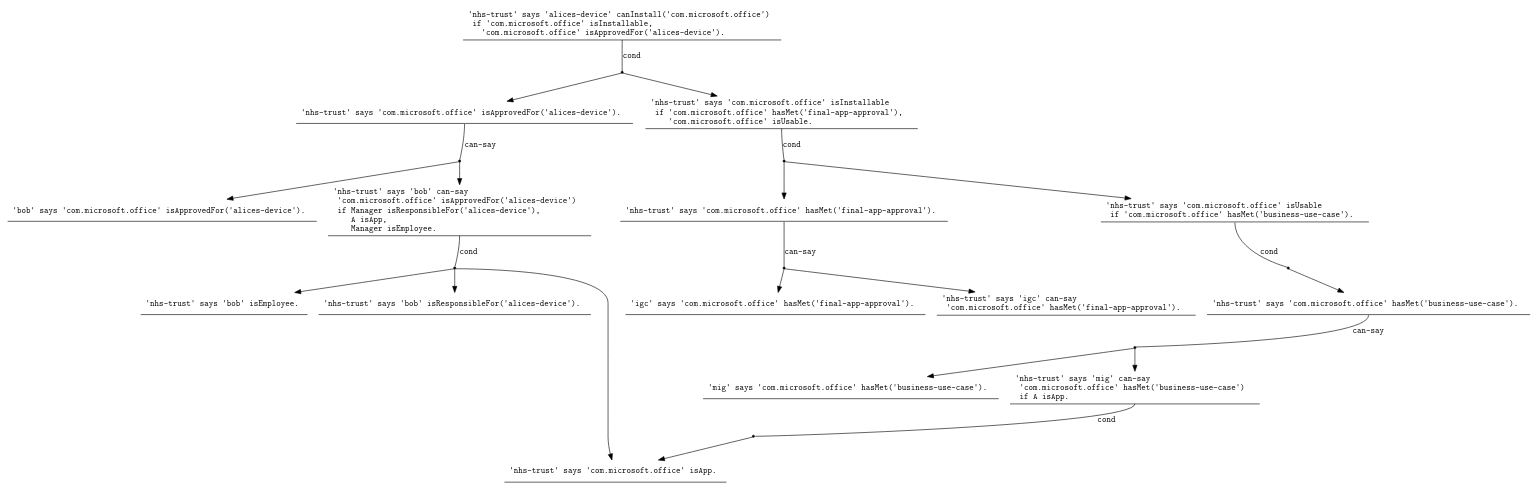
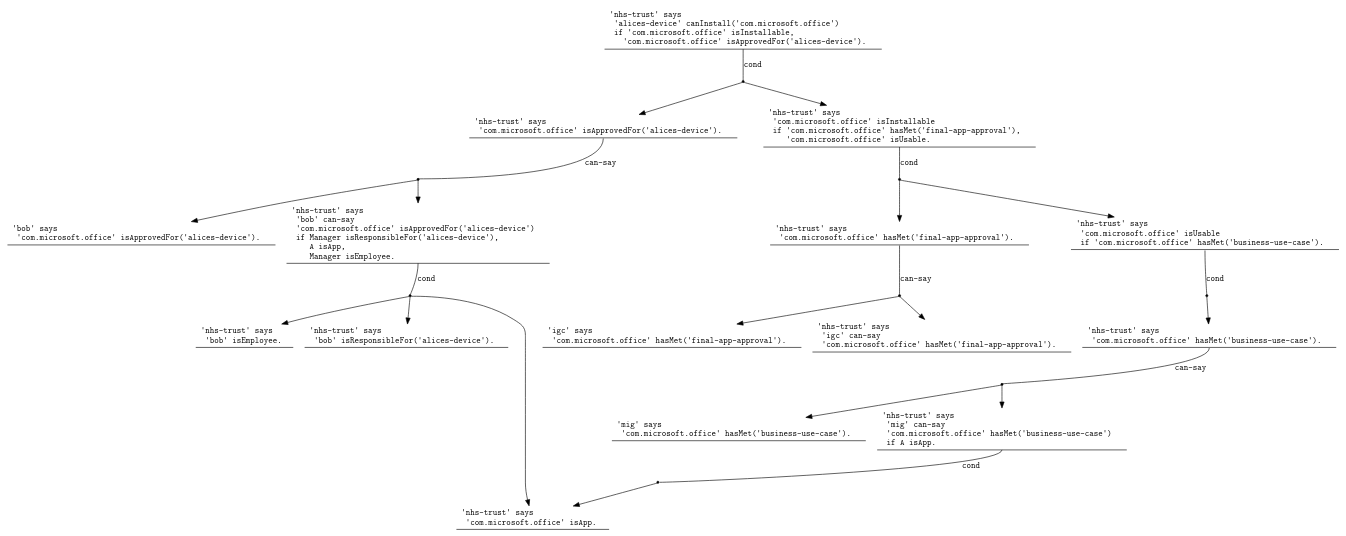
The diagram in figures/proof.dot (bogwonch/future-apppal-byod-paper), drawn with Graphviz before and after one commit. The commit also changed 2 other files, not shown here.

```diff
--- a/figures/proof.dot
+++ b/figures/proof.dot
@@ -1,51 +1,51 @@
 digraph proof {
   graph [fontname = "Latin Modern Mono"];
   node [fontname = "Latin Modern Mono"];
   edge [fontname = "Latin Modern Mono"];
-  node_6 [label="'bob' says 'com.microsoft.office' isApprovedFor('alices-device').\l", shape=underline];
-  node_10 [label="'igc' says 'com.microsoft.office' hasMet('final-app-approval').\l", shape=underline];
-  node_14 [label="'mig' says 'com.microsoft.office' hasMet('business-use-case').\l", shape=underline];
-  node_0 [label="'nhs-trust' says 'alices-device' canInstall('com.microsoft.office')\l  if 'com.microsoft.office' isInstallable,\l    'com.microsoft.office' isApprovedFor('alices-device').\l", shape=underline];
-  node_2 [label="'nhs-trust' says 'bob' can-say\l  'com.microsoft.office' isApprovedFor('alices-device')\l  if Manager isResponsibleFor('alices-device'),\l     A isApp,\l     Manager isEmployee.\l", shape=underline];
-  node_5 [label="'nhs-trust' says 'bob' isEmployee.\l", shape=underline];
-  node_3 [label="'nhs-trust' says 'bob' isResponsibleFor('alices-device').\l", shape=underline];
-  node_12 [label="'nhs-trust' says 'com.microsoft.office' hasMet('business-use-case').\l", shape=underline];
-  node_8 [label="'nhs-trust' says 'com.microsoft.office' hasMet('final-app-approval').\l", shape=underline];
-  node_4 [label="'nhs-trust' says 'com.microsoft.office' isApp.\l", shape=underline];
-  node_1 [label="'nhs-trust' says 'com.microsoft.office' isApprovedFor('alices-device').\l", shape=underline];
-  node_7 [label="'nhs-trust' says 'com.microsoft.office' isInstallable\l  if 'com.microsoft.office' hasMet('final-app-approval'),\l     'com.microsoft.office' isUsable.\l", shape=underline];
-  node_11 [label="'nhs-trust' says 'com.microsoft.office' isUsable\l  if 'com.microsoft.office' hasMet('business-use-case').\l", shape=underline];
-  node_9 [label="'nhs-trust' says 'igc' can-say\l  'com.microsoft.office' hasMet('final-app-approval').\l", shape=underline];
-  node_13 [label="'nhs-trust' says 'mig' can-say\l  'com.microsoft.office' hasMet('business-use-case')\l  if A isApp.\l", shape=underline];
+  node_6 [label="'bob' says\l  'com.microsoft.office' isApprovedFor('alices-device').\l", shape=underline];
+  node_10 [label="'igc' says\l  'com.microsoft.office' hasMet('final-app-approval').\l", shape=underline];
+  node_14 [label="'mig' says\l  'com.microsoft.office' hasMet('business-use-case').\l", shape=underline];
+  node_0 [label="'nhs-trust' says\l  'alices-device' canInstall('com.microsoft.office')\l  if 'com.microsoft.office' isInstallable,\l    'com.microsoft.office' isApprovedFor('alices-device').\l", shape=underline];
+  node_2 [label="'nhs-trust' says\l  'bob' can-say\l  'com.microsoft.office' isApprovedFor('alices-device')\l  if Manager isResponsibleFor('alices-device'),\l     A isApp,\l     Manager isEmployee.\l", shape=underline];
+  node_5 [label="'nhs-trust' says\l  'bob' isEmployee.\l", shape=underline];
+  node_3 [label="'nhs-trust' says\l  'bob' isResponsibleFor('alices-device').\l", shape=underline];
+  node_12 [label="'nhs-trust' says\l  'com.microsoft.office' hasMet('business-use-case').\l", shape=underline];
+  node_8 [label="'nhs-trust' says\l  'com.microsoft.office' hasMet('final-app-approval').\l", shape=underline];
+  node_4 [label="'nhs-trust' says\l  'com.microsoft.office' isApp.\l", shape=underline];
+  node_1 [label="'nhs-trust' says\l  'com.microsoft.office' isApprovedFor('alices-device').\l", shape=underline];
+  node_7 [label="'nhs-trust' says\l  'com.microsoft.office' isInstallable\l  if 'com.microsoft.office' hasMet('final-app-approval'),\l     'com.microsoft.office' isUsable.\l", shape=underline];
+  node_11 [label="'nhs-trust' says\l  'com.microsoft.office' isUsable\l  if 'com.microsoft.office' hasMet('business-use-case').\l", shape=underline];
+  node_9 [label="'nhs-trust' says\l  'igc' can-say\l  'com.microsoft.office' hasMet('final-app-approval').\l", shape=underline];
+  node_13 [label="'nhs-trust' says\l  'mig' can-say\l  'com.microsoft.office' hasMet('business-use-case')\l  if A isApp.\l", shape=underline];
   proof_0 [shape=point]
   proof_1 [shape=point]
   proof_2 [shape=point]
   proof_3 [shape=point]
   proof_4 [shape=point]
   proof_5 [shape=point]
   proof_6 [shape=point]
   proof_7 [shape=point]
   node_0:s -> proof_0 [label="cond", arrowhead="none"];
   node_1:s -> proof_1 [label="can-say", arrowhead="none"];
   node_11:s -> proof_5 [label="cond", arrowhead="none"];
   node_12:s -> proof_6 [label="can-say", arrowhead="none"];
   node_13:s -> proof_7:e [label="cond", arrowhead="none"];
   node_2:s -> proof_2 [label="cond", arrowhead="none"];
   node_7:s -> proof_3 [label="cond", arrowhead="none"];
   node_8:s -> proof_4 [label="can-say", arrowhead="none"];
   proof_0 -> node_1;
   proof_0 -> node_7;
   proof_1 -> node_2;
   proof_1 -> node_6;
   proof_2 -> node_3;
   proof_2 -> node_4;
   proof_2 -> node_5;
   proof_3 -> node_11;
   proof_3 -> node_8;
   proof_4 -> node_10;
   proof_4 -> node_9;
   proof_5 -> node_12;
   proof_6 -> node_13;
   proof_6 -> node_14;
   proof_7 -> node_4;
 }
```
